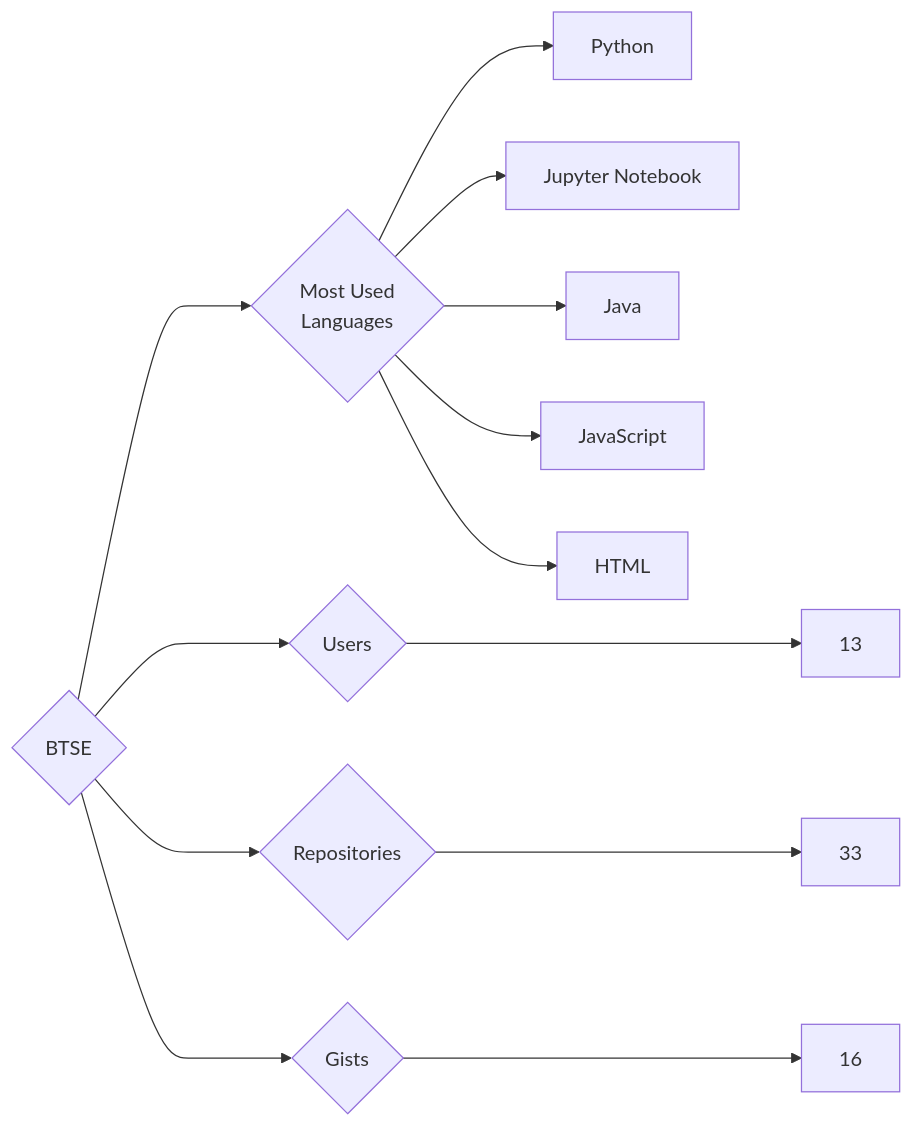
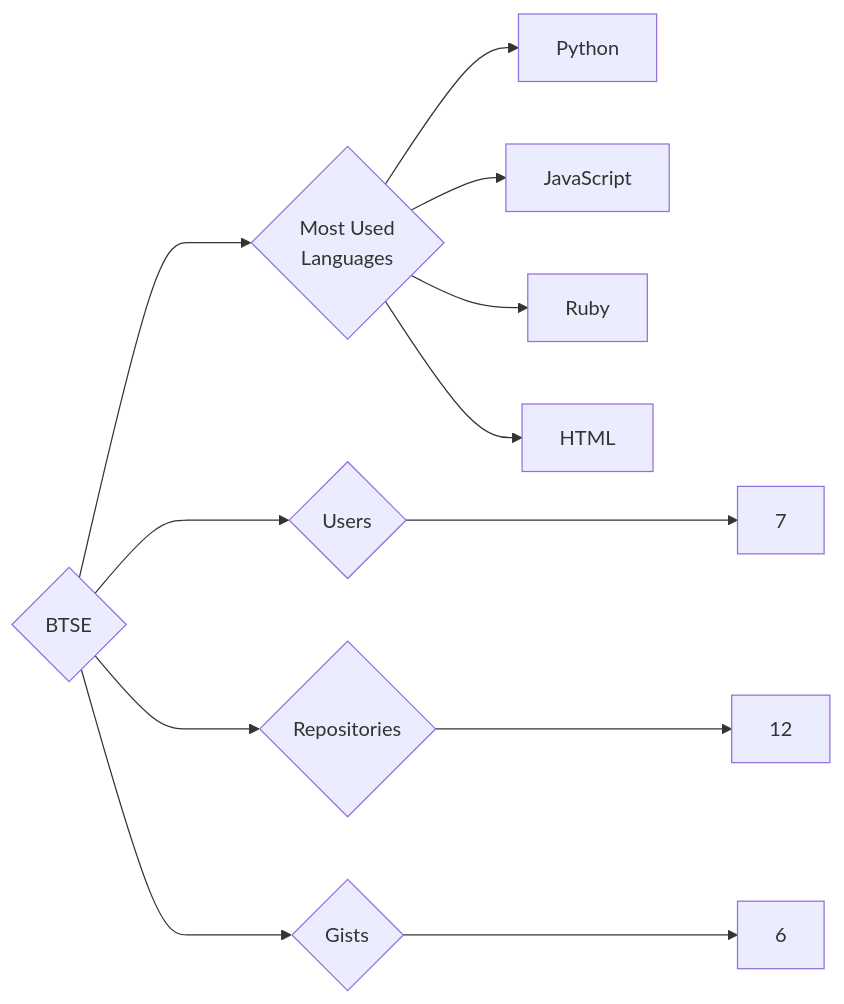
Before and after one commit to trickest/insiders: the diagram in targets/BTSE/README.md, drawn with Mermaid. The commit also changed 1120 other files, not shown here.

````diff
--- a/targets/BTSE/README.md
+++ b/targets/BTSE/README.md
@@ -3,13 +3,12 @@
 ```mermaid
 graph LR
 COMPANY_NAME{BTSE}
-COMPANY_NAME ---> U{Users} ---> UN[13]
-COMPANY_NAME ---> R{Repositories} ---> RN[33]
-COMPANY_NAME ---> G{Gists} ---> GN[16]
+COMPANY_NAME ---> U{Users} ---> UN[7]
+COMPANY_NAME ---> R{Repositories} ---> RN[12]
+COMPANY_NAME ---> G{Gists} ---> GN[6]
 COMPANY_NAME ---> ML{Most Used<br>Languages}
 ML --> Python[Python]
-ML --> Jupyter_Notebook[Jupyter Notebook]
-ML --> Java[Java]
 ML --> JavaScript[JavaScript]
+ML --> Ruby[Ruby]
 ML --> HTML[HTML]
 ```
````
